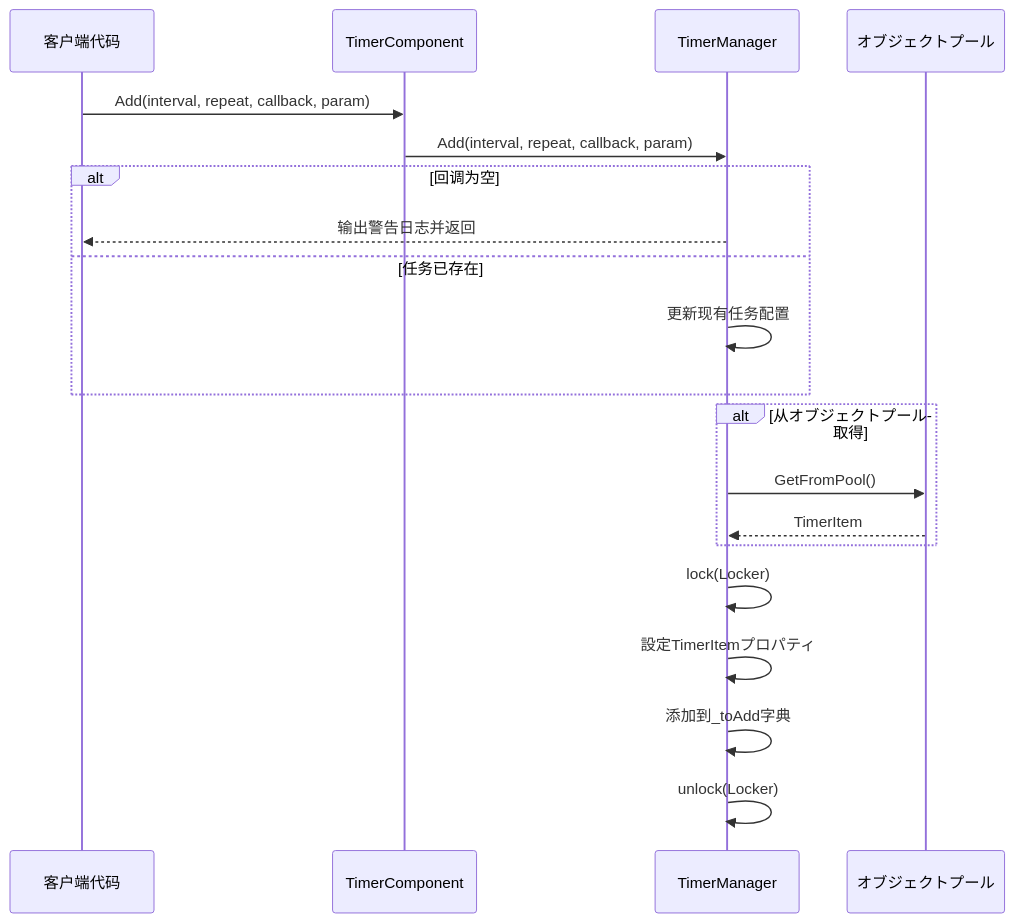
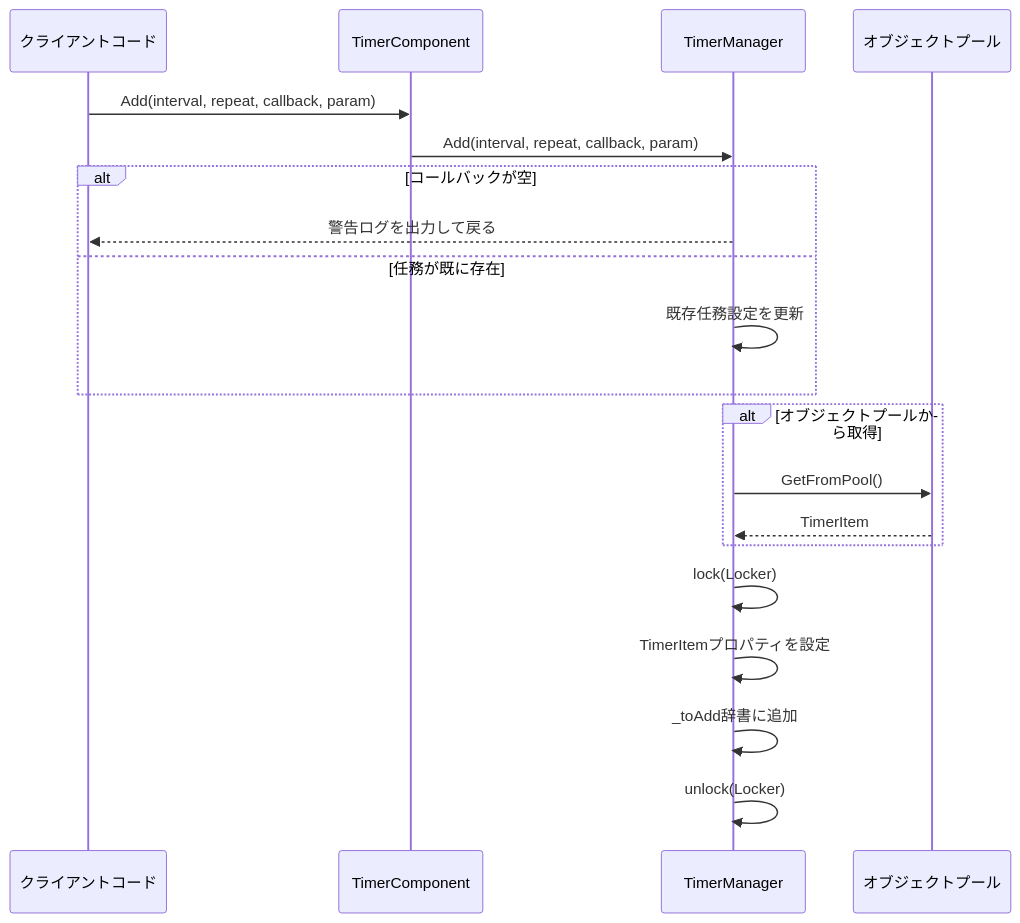
One commit to AlianBlank/GameFrameX.Docs changed the second of 3 diagrams in docs/ja/client/unity/component/timer/08.add-timer.md. Above: the diagram before and after it, drawn with Mermaid. The commit also changed other lines of this file and 320 other files, not shown here.

````diff
--- a/docs/ja/client/unity/component/timer/08.add-timer.md
+++ b/docs/ja/client/unity/component/timer/08.add-timer.md
@@ -63,26 +63,26 @@
 ```mermaid
 sequenceDiagram
-    participant C as 客户端代码
+    participant C as クライアントコード
     participant TC as TimerComponent
     participant TM as TimerManager
     participant Pool as オブジェクトプール
 
     C->>TC: Add(interval, repeat, callback, param)
     TC->>TM: Add(interval, repeat, callback, param)
-    
-    alt 回调为空
-        TM-->>C: 输出警告日志并返回
-    else 任务已存在
-        TM->>TM: 更新现有任务配置
+
+    alt コールバックが空
+        TM-->>C: 警告ログを出力して戻る
+    else 任務が既に存在
+        TM->>TM: 既存任務設定を更新
     end
-    
-    alt 从オブジェクトプール取得
+
+    alt オブジェクトプールから取得
         TM->>Pool: GetFromPool()
         Pool-->>TM: TimerItem
     end
-    
+
     TM->>TM: lock(Locker)
-    TM->>TM: 設定TimerItemプロパティ
-    TM->>TM: 添加到_toAdd字典
+    TM->>TM: TimerItemプロパティを設定
+    TM->>TM: _toAdd辞書に追加
     TM->>TM: unlock(Locker)
 ```
````
